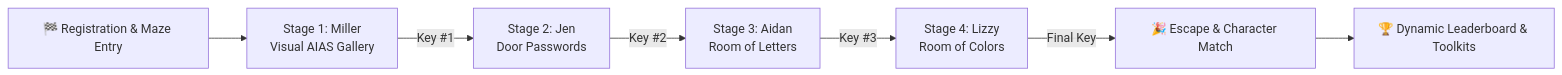
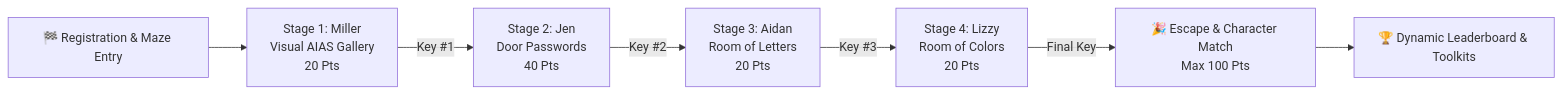
Before and after one commit to fazrigading/MilleRace: the diagram in README.md, drawn with Mermaid. The commit also changed other lines of this file, not shown here.

````diff
--- a/README.md
+++ b/README.md
@@ -73,9 +78,9 @@
 ```mermaid
 flowchart LR
-    A[🏁 Registration & Maze Entry] --> B[Stage 1: Miller<br/>Visual AIAS Gallery]
-    B -->|Key #1| C[Stage 2: Jen<br/>Door Passwords]
-    C -->|Key #2| D[Stage 3: Aidan<br/>Room of Letters]
-    D -->|Key #3| E[Stage 4: Lizzy<br/>Room of Colors]
-    E -->|Final Key| F[🎉 Escape & Character Match]
+    A[🏁 Registration & Maze Entry] --> B[Stage 1: Miller<br/>Visual AIAS Gallery<br/>20 Pts]
+    B -->|Key #1| C[Stage 2: Jen<br/>Door Passwords<br/>40 Pts]
+    C -->|Key #2| D[Stage 3: Aidan<br/>Room of Letters<br/>20 Pts]
+    D -->|Key #3| E[Stage 4: Lizzy<br/>Room of Colors<br/>20 Pts]
+    E -->|Final Key| F[🎉 Escape & Character Match<br/>Max 100 Pts]
     F --> G[🏆 Dynamic Leaderboard & Toolkits]
 ```
````
